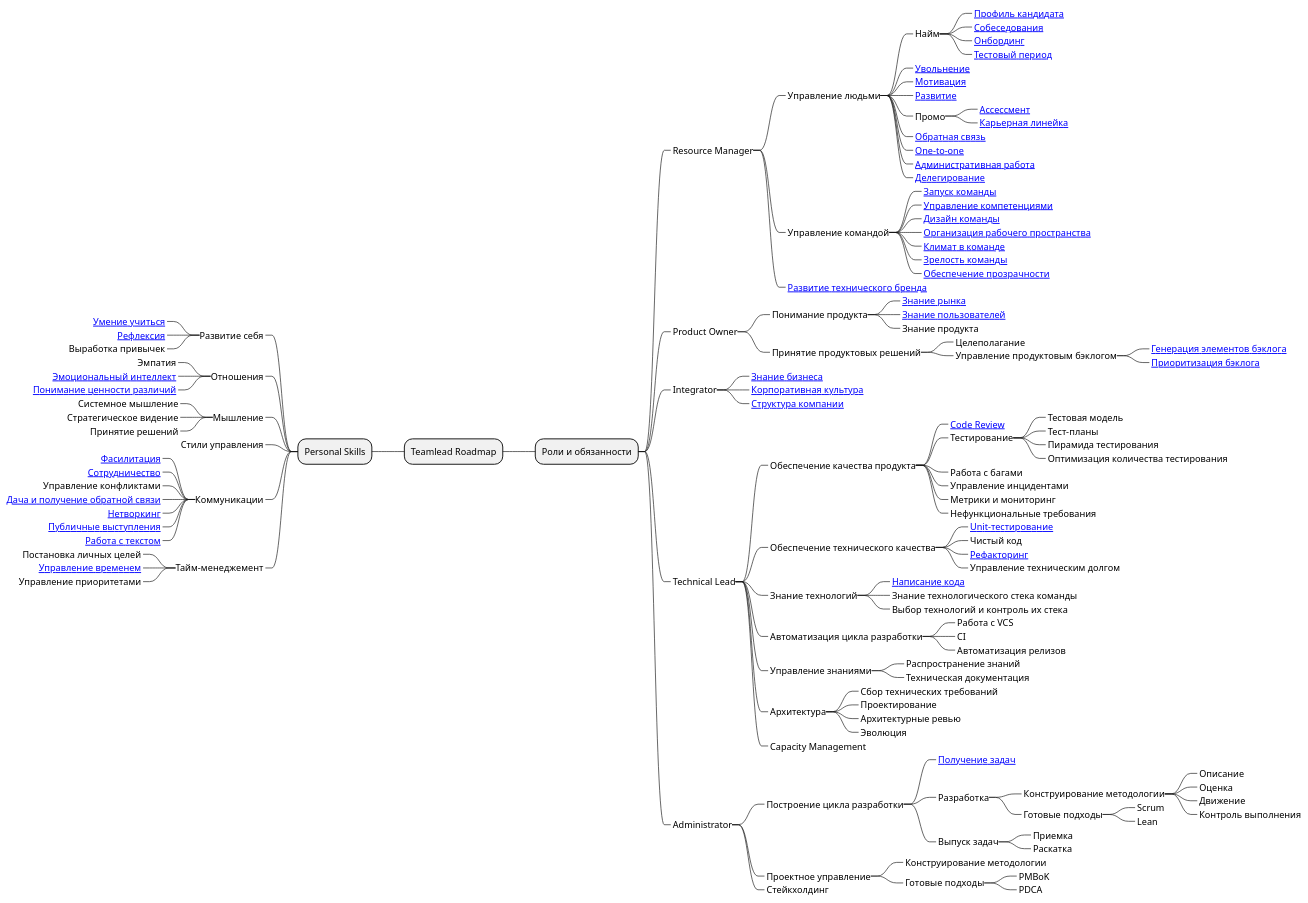
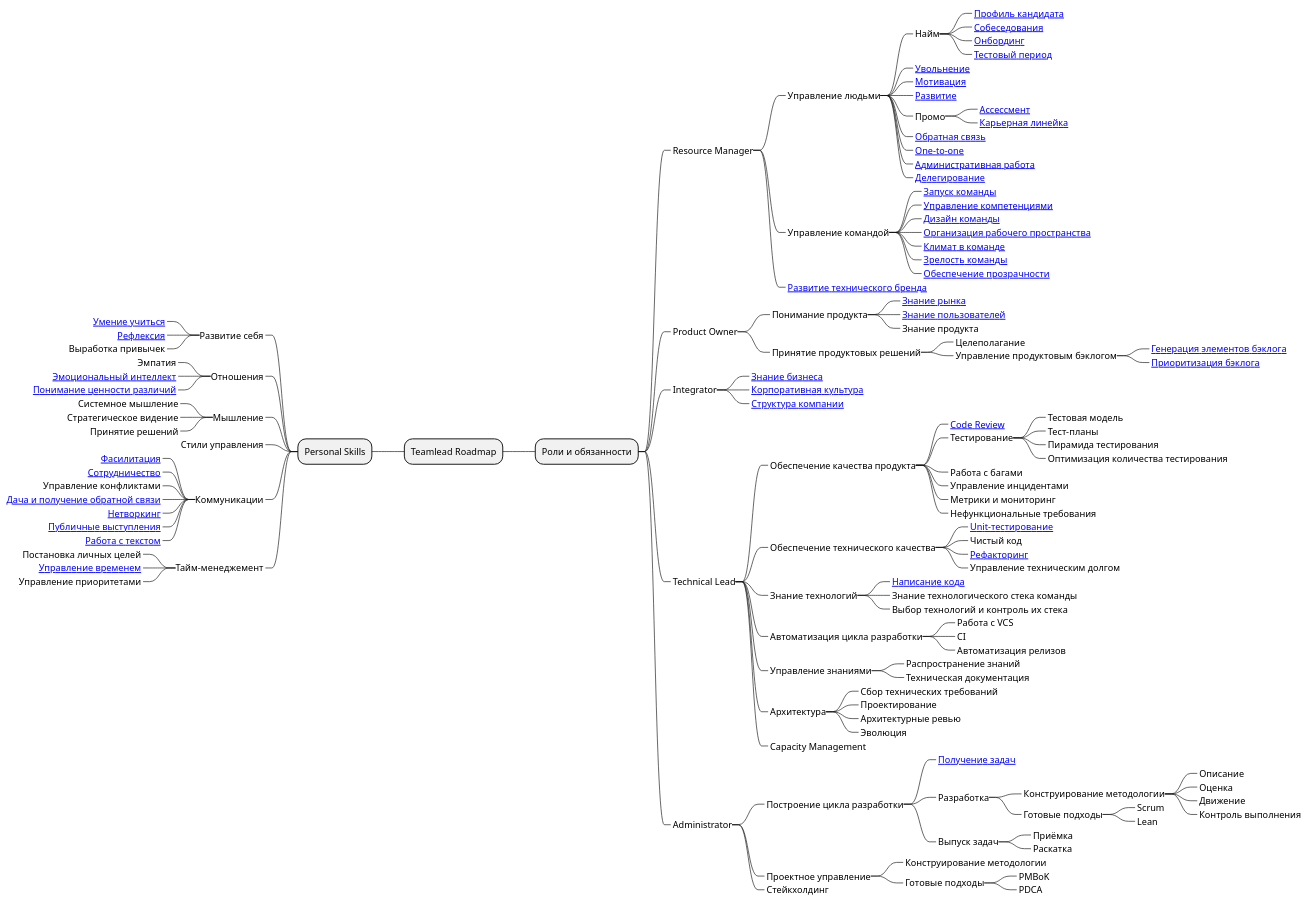
The diagram in roadmap.puml (tlbootcamp/tlroadmap), drawn with PlantUML before and after one commit.

```diff
--- a/roadmap.puml
+++ b/roadmap.puml
@@ -1,129 +1,129 @@
 @startmindmap
 * Teamlead Roadmap
 ** Роли и обязанности
 ***_ Resource Manager
 ****_ Управление людьми
 *****_ Найм
 ******_ [[https://github.com/tlbootcamp/tlroadmap/blob/master/skills/resource-manager/profile.md Профиль кандидата]]
 ******_ [[https://github.com/tlbootcamp/tlroadmap/blob/master/skills/resource-manager/interview.md Собеседования]]
 ******_ [[https://github.com/tlbootcamp/tlroadmap/blob/master/skills/resource-manager/onboarding.md Онбординг]]
 ******_ [[https://github.com/tlbootcamp/tlroadmap/blob/master/skills/resource-manager/test-period.md Тестовый период]]
 *****_ [[https://github.com/tlbootcamp/tlroadmap/blob/master/skills/resource-manager/firing.md Увольнение]]
 *****_ [[https://github.com/tlbootcamp/tlroadmap/blob/master/skills/resource-manager/motivation.md Мотивация]]
 *****_ [[https://github.com/tlbootcamp/tlroadmap/blob/master/skills/resource-manager/development.md Развитие]]
 *****_ Промо
 ******_ [[https://github.com/tlbootcamp/tlroadmap/blob/master/skills/resource-manager/assessment.md Ассессмент]]
 ******_ [[https://github.com/tlbootcamp/tlroadmap/blob/master/skills/resource-manager/career.md Карьерная линейка]]
 *****_ [[https://github.com/tlbootcamp/tlroadmap/blob/master/skills/resource-manager/feedback.md Обратная связь]]
 *****_ [[https://github.com/tlbootcamp/tlroadmap/blob/master/skills/resource-manager/one-to-one.md One-to-one]]
 *****_ [[https://github.com/tlbootcamp/tlroadmap/blob/master/skills/resource-manager/admin.md Административная работа]]
 *****_ [[https://github.com/tlbootcamp/tlroadmap/blob/master/skills/resource-manager/delegation.md Делегирование]]
 ****_ Управление командой
 *****_ [[https://github.com/tlbootcamp/tlroadmap/blob/master/skills/resource-manager/team-launch.md Запуск команды]]
 *****_ [[https://github.com/tlbootcamp/tlroadmap/blob/master/skills/resource-manager/competency-management.md Управление компетенциями]]
 *****_ [[https://github.com/tlbootcamp/tlroadmap/blob/master/skills/resource-manager/team-design.md Дизайн команды]]
 *****_ [[https://github.com/tlbootcamp/tlroadmap/blob/master/skills/resource-manager/workspace.md Организация рабочего пространства]]
 *****_ [[https://github.com/tlbootcamp/tlroadmap/blob/master/skills/resource-manager/team-climate.md Климат в команде]]
 *****_ [[https://github.com/tlbootcamp/tlroadmap/blob/master/skills/resource-manager/team-maturity.md Зрелость команды]]
 *****_ [[https://github.com/tlbootcamp/tlroadmap/blob/master/skills/resource-manager/transparency.md Обеспечение прозрачности]]
 ****_ [[https://github.com/tlbootcamp/tlroadmap/blob/master/skills/resource-manager/techpr.md Развитие технического бренда]]
 ***_ Product Owner
 ****_ Понимание продукта
 *****_ [[https://github.com/tlbootcamp/tlroadmap/blob/master/skills/product-owner/market-knowledge.md Знание рынка]]
 *****_ [[https://github.com/tlbootcamp/tlroadmap/blob/master/skills/product-owner/user-knowledge.md Знание пользователей]]
 *****_ Знание продукта
 ****_ Принятие продуктовых решений
 *****_ Целеполагание
 *****_ Управление продуктовым бэклогом
 ******_ [[https://github.com/tlbootcamp/tlroadmap/blob/master/skills/product-owner/backlog-generation.md Генерация элементов бэклога]]
 ******_ [[https://github.com/tlbootcamp/tlroadmap/blob/master/skills/product-owner/backlog-prioritization.md Приоритизация бэклога]]
 ***_ Integrator
 ****_ [[https://github.com/tlbootcamp/tlroadmap/blob/master/skills/integrator/business-knowledge.md Знание бизнеса]]
 ****_ [[https://github.com/tlbootcamp/tlroadmap/blob/master/skills/integrator/corporate-culture.md Корпоративная культура]]
 ****_ [[https://github.com/tlbootcamp/tlroadmap/blob/master/skills/integrator/company-structure.md Структура компании]]
 ***_ Technical Lead
 ****_ Обеспечение качества продукта
 *****_ [[https://github.com/tlbootcamp/tlroadmap/blob/master/skills/technical-lead/code-review.md Code Review]]
 *****_ Тестирование
 ******_ Тестовая модель
 ******_ Тест-планы
 ******_ Пирамида тестирования
 ******_ Оптимизация количества тестирования
 *****_ Работа с багами
 *****_ Управление инцидентами
 *****_ Метрики и мониторинг
 *****_ Нефункциональные требования
 ****_ Обеспечение технического качества
 *****_ [[https://github.com/tlbootcamp/tlroadmap/blob/master/skills/technical-lead/unit-testing.md Unit-тестирование]]
 *****_ Чистый код
 *****_ [[https://github.com/tlbootcamp/tlroadmap/blob/master/skills/technical-lead/refactoring.md Рефакторинг]]
 *****_ Управление техническим долгом
 ****_ Знание технологий
 *****_ [[https://github.com/tlbootcamp/tlroadmap/blob/master/skills/technical-lead/code.md Написание кода]]
 *****_ Знание технологического стека команды
 *****_ Выбор технологий и контроль их стека
 ****_ Автоматизация цикла разработки
 *****_ Работа с VCS
 *****_ CI
 *****_ Автоматизация релизов
 ****_ Управление знаниями
 *****_ Распространение знаний
 *****_ Техническая документация
 ****_ Архитектура
 *****_ Сбор технических требований
 *****_ Проектирование
 *****_ Архитектурные ревью
 *****_ Эволюция
 ****_ Capacity Management
 ***_ Administrator
 ****_ Построение цикла разработки
 *****_ [[https://github.com/tlbootcamp/tlroadmap/blob/master/skills/administrator/task-inbox.md Получение задач]]
 *****_ Разработка
 ******_ Конструирование методологии
 *******_ Описание
 *******_ Оценка
 *******_ Движение
 *******_ Контроль выполнения
 ******_ Готовые подходы
 *******_ Scrum
 *******_ Lean
 *****_ Выпуск задач
-******_ Приемка
+******_ Приёмка
 ******_ Раскатка
 ****_ Проектное управление
 *****_ Конструирование методологии
 *****_ Готовые подходы
 ******_ PMBoK
 ******_ PDCA
 ****_ Стейкхолдинг
 
 left side
 
 ** Personal Skills
 ***_ Развитие себя
 ****_ [[https://github.com/tlbootcamp/tlroadmap/blob/master/skills/self-improvement/learning.md Умение учиться]]
 ****_ [[https://github.com/tlbootcamp/tlroadmap/blob/master/skills/self-improvement/reflection.md Рефлексия]]
 ****_ Выработка привычек
 ***_ Отношения
 ****_ Эмпатия
 ****_ [[https://github.com/tlbootcamp/tlroadmap/blob/master/skills/self-improvement/emotional-intelligence.md Эмоциональный интеллект]]
 ****_ [[https://github.com/tlbootcamp/tlroadmap/blob/master/skills/self-improvement/diversity.md Понимание ценности различий]]
 ***_ Мышление
 ****_ Системное мышление
 ****_ Стратегическое видение
 ****_ Принятие решений
 ***_ Стили управления
 ***_ Коммуникации
 ****_ [[https://github.com/tlbootcamp/tlroadmap/blob/master/skills/self-improvement/facilitation.md Фасилитация]]
 ****_ [[https://github.com/tlbootcamp/tlroadmap/blob/master/skills/self-improvement/cooperation.md Сотрудничество]]
 ****_ Управление конфликтами
 ****_ [[https://github.com/tlbootcamp/tlroadmap/blob/master/skills/self-improvement/feedback.md Дача и получение обратной связи]]
 ****_ [[https://github.com/tlbootcamp/tlroadmap/blob/master/skills/self-improvement/networking.md Нетворкинг]]
 ****_ [[https://github.com/tlbootcamp/tlroadmap/blob/master/skills/self-improvement/public-speaking.md Публичные выступления]]
 ****_ [[https://github.com/tlbootcamp/tlroadmap/blob/master/skills/self-improvement/text.md Работа с текстом]]
 ***_ Тайм-менеджемент
 ****_ Постановка личных целей
 ****_ [[https://github.com/tlbootcamp/tlroadmap/blob/master/skills/self-improvement/time-management.md Управление временем]]
 ****_ Управление приоритетами
 
 @endmindmap
```
